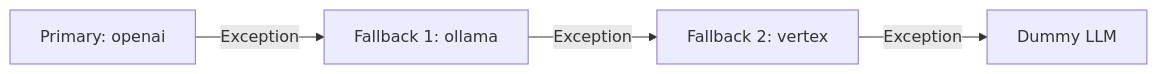
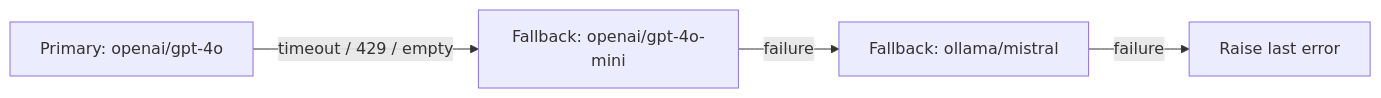
Before and after one commit to UnicoLab/agentomatic: the second of 2 diagrams in docs/guide/llm-providers.md, drawn with Mermaid. The commit also changed other lines of this file and 12 other files, not shown here.

````diff
--- a/docs/guide/llm-providers.md
+++ b/docs/guide/llm-providers.md
@@ -174,6 +219,6 @@
 ```mermaid
 graph LR
-    P["Primary: openai"] -->|Exception| F1["Fallback 1: ollama"]
-    F1 -->|Exception| F2["Fallback 2: vertex"]
-    F2 -->|Exception| D["Dummy LLM"]
+    P["Primary: openai/gpt-4o"] -->|timeout / 429 / empty| F1["Fallback: openai/gpt-4o-mini"]
+    F1 -->|failure| F2["Fallback: ollama/mistral"]
+    F2 -->|failure| E["Raise last error"]
 ```
````
